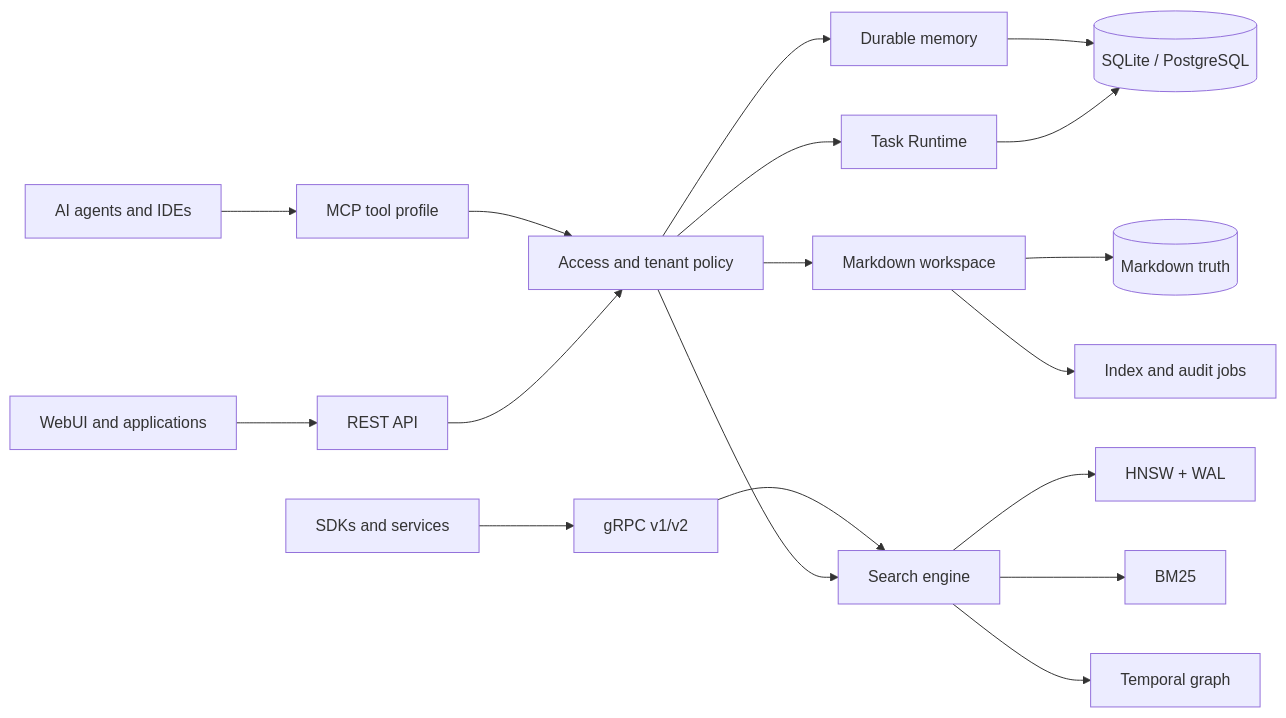
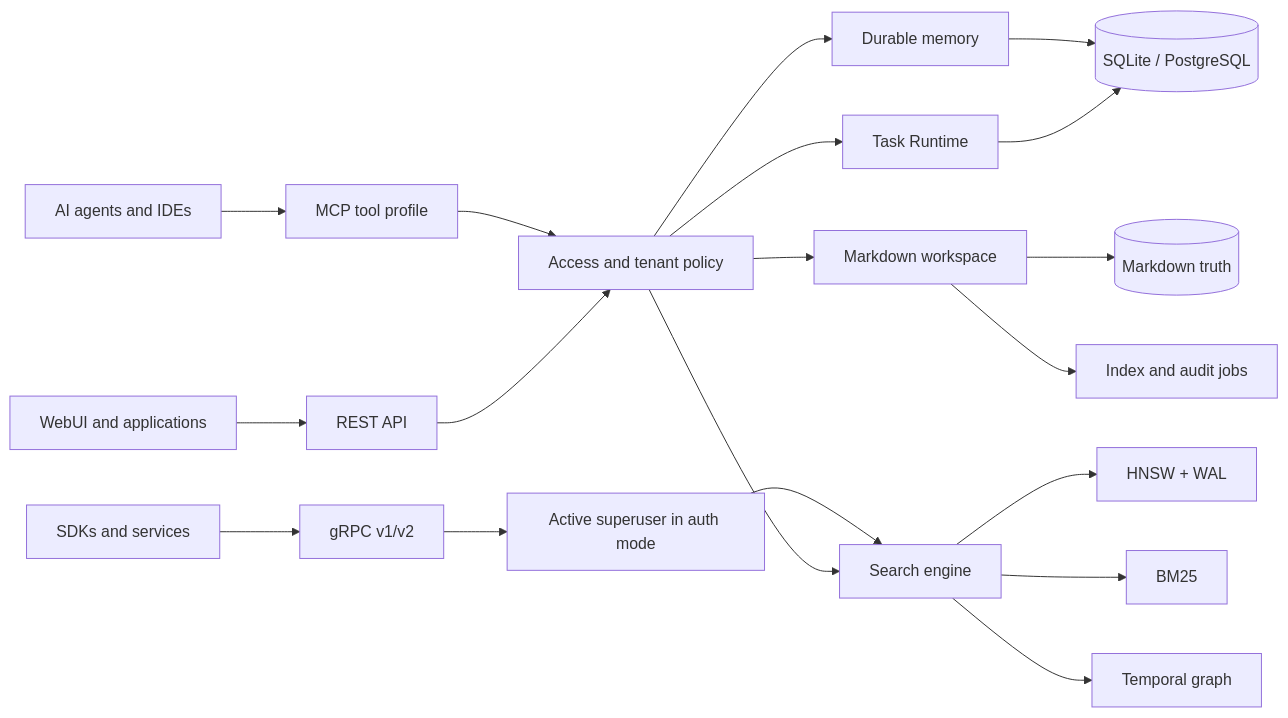
One commit to Stek0v/Levara changed the diagram in README.md. Above: the diagram before and after it, drawn with Mermaid. The commit also changed other lines of this file and 75 other files, not shown here.

````diff
--- a/README.md
+++ b/README.md
@@ -162,24 +176,25 @@
 ```mermaid
 flowchart LR
   Agents[AI agents and IDEs] --> MCP[MCP tool profile]
   WebUI[WebUI and applications] --> REST[REST API]
   SDKs[SDKs and services] --> GRPC[gRPC v1/v2]
 
   MCP --> Policy[Access and tenant policy]
   REST --> Policy
-  GRPC --> Search[Search engine]
+  GRPC --> Admin[Active superuser in auth mode]
+  Admin --> Search[Search engine]
 
   Policy --> Memory[Durable memory]
   Policy --> Workspace[Markdown workspace]
   Policy --> Tasks[Task Runtime]
   Policy --> Search
 
   Memory --> SQL[(SQLite / PostgreSQL)]
   Workspace --> Markdown[(Markdown truth)]
   Workspace --> Jobs[Index and audit jobs]
   Tasks --> SQL
 
   Search --> HNSW[HNSW + WAL]
   Search --> BM25[BM25]
   Search --> Graph[Temporal graph]
 ```
````
